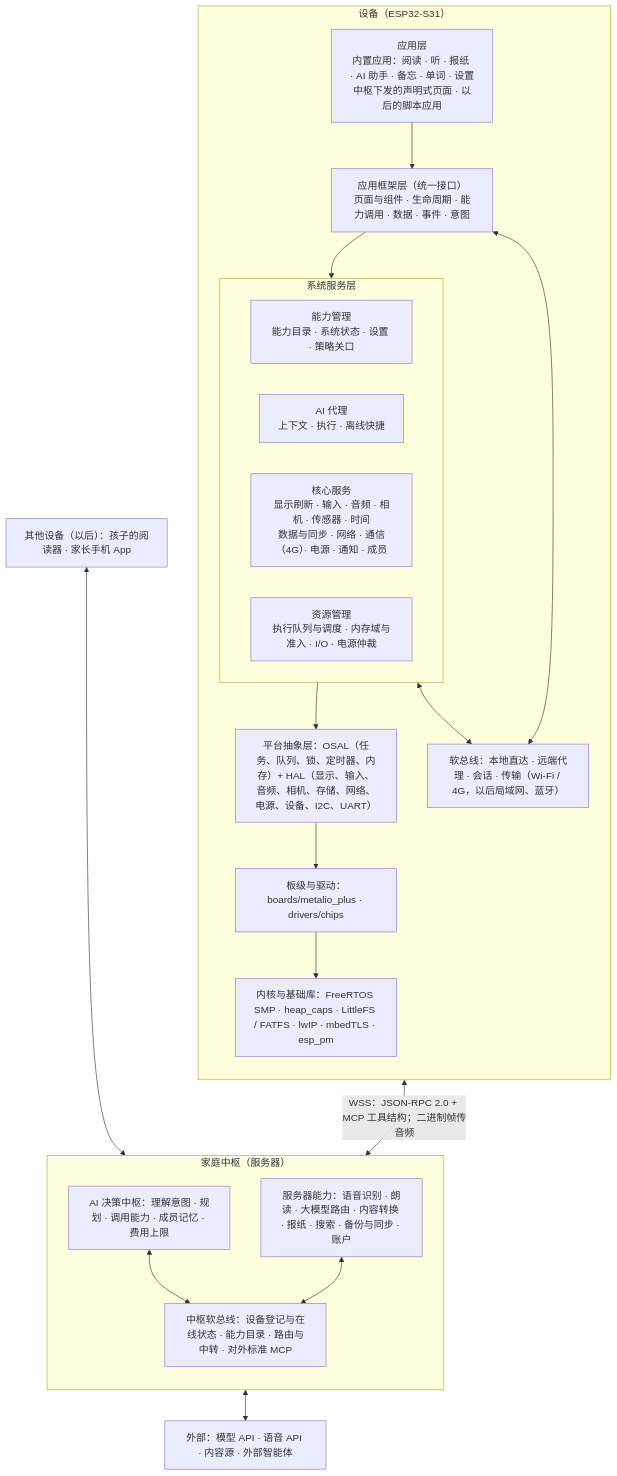
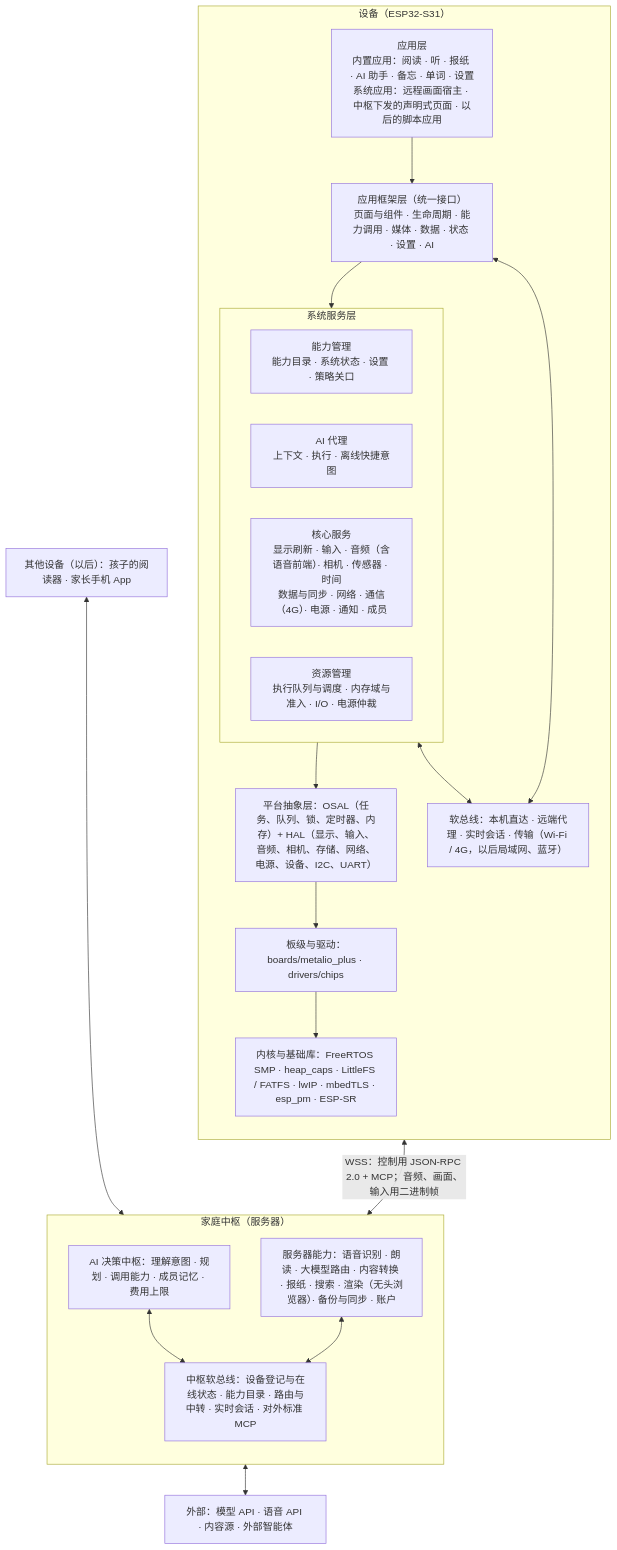
The first of 6 diagrams in docs/system/system-architecture.md (Gidean-zcx/ink), drawn with Mermaid before and after one commit. The commit also changed other lines of this file and 4 other files, not shown here.

First line of the commit message:
docs: architecture v1.0, D-52..D-54 decided, revisions folded into the body

````diff
--- a/docs/system/system-architecture.md
+++ b/docs/system/system-architecture.md
@@ -79,36 +97,36 @@
 ```mermaid
 flowchart TB
   subgraph DEV["设备（ESP32-S31）"]
     direction TB
-    APP["应用层<br/>内置应用：阅读 · 听 · 报纸 · AI 助手 · 备忘 · 单词 · 设置<br/>中枢下发的声明式页面 · 以后的脚本应用"]
-    FW["应用框架层（统一接口）<br/>页面与组件 · 生命周期 · 能力调用 · 数据 · 事件 · 意图"]
+    APP["应用层<br/>内置应用：阅读 · 听 · 报纸 · AI 助手 · 备忘 · 单词 · 设置<br/>系统应用：远程画面宿主 · 中枢下发的声明式页面 · 以后的脚本应用"]
+    FW["应用框架层（统一接口）<br/>页面与组件 · 生命周期 · 能力调用 · 媒体 · 数据 · 状态 · 设置 · AI"]
     subgraph SYS["系统服务层"]
       direction LR
       CAPM["能力管理<br/>能力目录 · 系统状态 · 设置 · 策略关口"]
-      AIAG["AI 代理<br/>上下文 · 执行 · 离线快捷"]
-      CORE["核心服务<br/>显示刷新 · 输入 · 音频 · 相机 · 传感器 · 时间<br/>数据与同步 · 网络 · 通信（4G）· 电源 · 通知 · 成员"]
+      AIAG["AI 代理<br/>上下文 · 执行 · 离线快捷意图"]
+      CORE["核心服务<br/>显示刷新 · 输入 · 音频（含语音前端）· 相机 · 传感器 · 时间<br/>数据与同步 · 网络 · 通信（4G）· 电源 · 通知 · 成员"]
       RES["资源管理<br/>执行队列与调度 · 内存域与准入 · I/O · 电源仲裁"]
     end
-    BUS["软总线：本地直达 · 远端代理 · 会话 · 传输（Wi-Fi / 4G，以后局域网、蓝牙）"]
+    BUS["软总线：本机直达 · 远端代理 · 实时会话 · 传输（Wi-Fi / 4G，以后局域网、蓝牙）"]
     PAL["平台抽象层：OSAL（任务、队列、锁、定时器、内存）+ HAL（显示、输入、音频、相机、存储、网络、电源、设备、I2C、UART）"]
     DRV["板级与驱动：boards/metalio_plus · drivers/chips"]
-    KER["内核与基础库：FreeRTOS SMP · heap_caps · LittleFS / FATFS · lwIP · mbedTLS · esp_pm"]
+    KER["内核与基础库：FreeRTOS SMP · heap_caps · LittleFS / FATFS · lwIP · mbedTLS · esp_pm · ESP-SR"]
     APP --> FW --> SYS
     SYS --> PAL --> DRV --> KER
     FW <--> BUS
     SYS <--> BUS
   end
   subgraph HUB["家庭中枢（服务器）"]
     direction TB
     BRAIN["AI 决策中枢：理解意图 · 规划 · 调用能力 · 成员记忆 · 费用上限"]
-    SCAP["服务器能力：语音识别 · 朗读 · 大模型路由 · 内容转换 · 报纸 · 搜索 · 备份与同步 · 账户"]
-    HBUS["中枢软总线：设备登记与在线状态 · 能力目录 · 路由与中转 · 对外标准 MCP"]
+    SCAP["服务器能力：语音识别 · 朗读 · 大模型路由 · 内容转换 · 报纸 · 搜索 · 渲染（无头浏览器）· 备份与同步 · 账户"]
+    HBUS["中枢软总线：设备登记与在线状态 · 能力目录 · 路由与中转 · 实时会话 · 对外标准 MCP"]
     BRAIN <--> HBUS
     SCAP <--> HBUS
   end
   OTHER["其他设备（以后）：孩子的阅读器 · 家长手机 App"]
   EXT["外部：模型 API · 语音 API · 内容源 · 外部智能体"]
-  BUS <-- "WSS：JSON-RPC 2.0 + MCP 工具结构；二进制帧传音频" --> HBUS
+  BUS <-- "WSS：控制用 JSON-RPC 2.0 + MCP；音频、画面、输入用二进制帧" --> HBUS
   OTHER <--> HBUS
   HBUS <--> EXT
 ```
````
